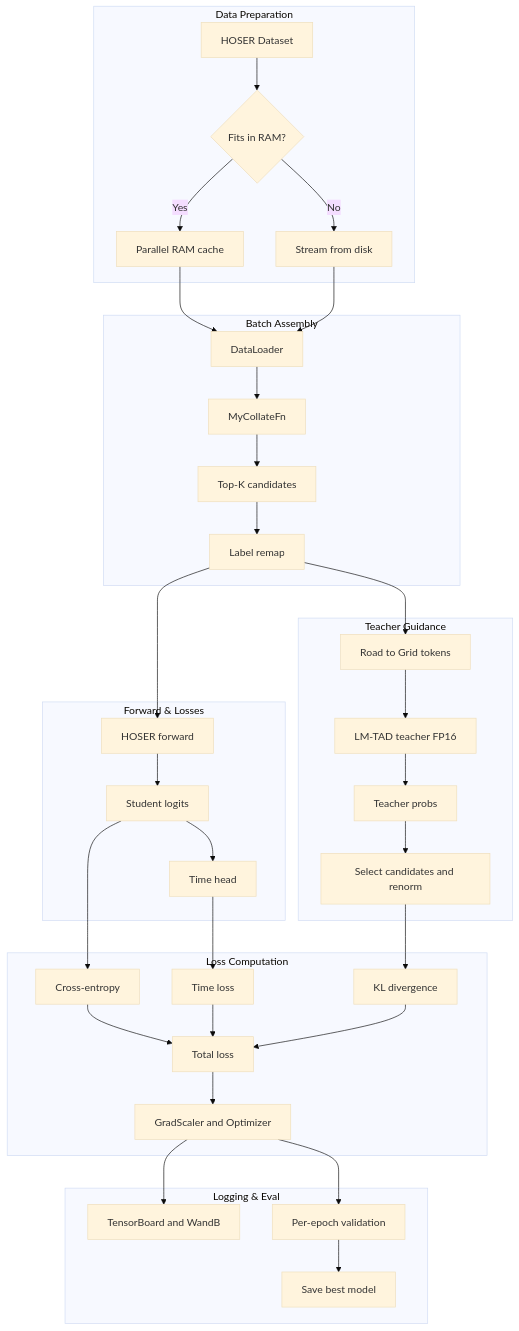
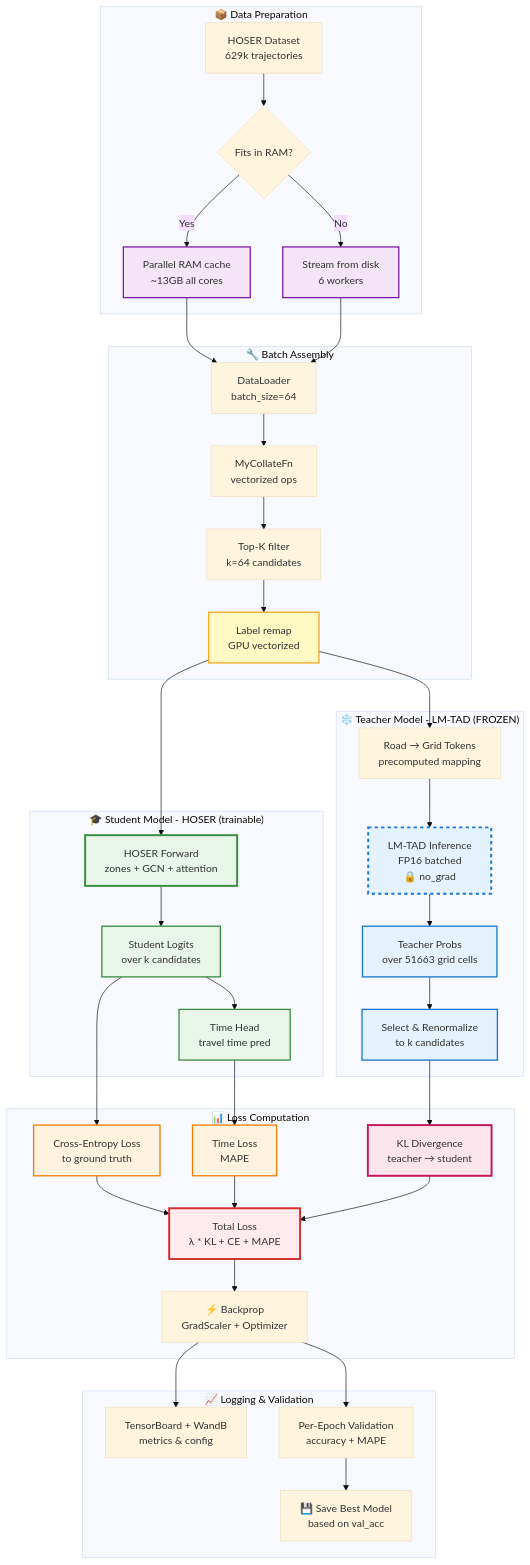
Before and after one commit to matercomus/HOSER: the first of 2 diagrams in LMTAD-Distillation.md, drawn with Mermaid (base theme). The commit also changed other lines of this file, not shown here.

Commit message:
🎨 docs: enhance Mermaid diagrams with colors, icons, and detailed labels
Training & Distillation Data Flow:
- Added emojis for section identification
- Color-coded frozen teacher (blue, dashed border) vs trainable student (green)
- Distinguished loss types (orange/red) and data flow (purple/yellow)
- Added detailed node labels with specs (batch sizes, worker counts, etc.)
- Added comprehensive legend explaining color scheme

Optuna Tuning Loop:
- Changed to top-bottom flow for better readability
- Added time estimates (3-4 days Phase 1, 1 day Phase 2)
- Color-coded trial outcomes (red=pruned, green=complete)
- Distinguished baseline (gray) from distillation trials
- Added loop structure showing trial iteration
- Added legend explaining pruning and evaluation phases

Visual improvements:
- Frozen LM-TAD clearly marked with ❄️ icon and dashed borders
- Trainable components in green with solid borders
- All critical parameters visible (k=64, batch_size=64, workers, etc.)
- Clear separation between data, model, loss, and eval stages

Makes the distillation process visually intuitive and thesis-ready.

````diff
--- a/LMTAD-Distillation.md
+++ b/LMTAD-Distillation.md
@@ -53,45 +53,66 @@
 ```mermaid
 flowchart TB
-  subgraph Data[Data Preparation]
-    A[HOSER Dataset] --> B{Fits in RAM?}
-    B -- Yes --> C[Parallel RAM cache]
-    B -- No --> D[Stream from disk]
+  subgraph Data["📦 Data Preparation"]
+    A[HOSER Dataset<br/>629k trajectories] --> B{Fits in RAM?}
+    B -->|Yes| C[Parallel RAM cache<br/>~13GB all cores]
+    B -->|No| D[Stream from disk<br/>6 workers]
   end
 
-  subgraph Loader[Batch Assembly]
-    C --> E[DataLoader]
+  subgraph Loader["🔧 Batch Assembly"]
+    C --> E[DataLoader<br/>batch_size=64]
     D --> E
-    E --> F[MyCollateFn]
-    F --> G[Top-K candidates]
-    G --> H[Label remap]
+    E --> F[MyCollateFn<br/>vectorized ops]
+    F --> G[Top-K filter<br/>k=64 candidates]
+    G --> H[Label remap<br/>GPU vectorized]
   end
 
-  subgraph Model[Forward & Losses]
-    H --> I[HOSER forward]
-    I --> J[Student logits]
-    J --> K[Time head]
+  subgraph Student["🎓 Student Model - HOSER (trainable)"]
+    H --> I["HOSER Forward<br/>zones + GCN + attention"]
+    I --> J["Student Logits<br/>over k candidates"]
+    J --> K["Time Head<br/>travel time pred"]
   end
 
-  subgraph Teacher[Teacher Guidance]
-    H --> L[Road to Grid tokens]
-    L --> M[LM-TAD teacher FP16]
-    M --> N[Teacher probs]
-    N --> O[Select candidates and renorm]
+  subgraph Teacher["❄️ Teacher Model - LM-TAD (FROZEN)"]
+    H --> L["Road → Grid Tokens<br/>precomputed mapping"]
+    L --> M["LM-TAD Inference<br/>FP16 batched<br/>🔒 no_grad"]
+    M --> N["Teacher Probs<br/>over 51663 grid cells"]
+    N --> O["Select & Renormalize<br/>to k candidates"]
   end
 
-  subgraph Losses[Loss Computation]
-    J --> P[Cross-entropy]
-    K --> Q[Time loss]
-    O --> R[KL divergence]
-    P --> S[Total loss]
+  subgraph Losses["📊 Loss Computation"]
+    J --> P["Cross-Entropy Loss<br/>to ground truth"]
+    K --> Q["Time Loss<br/>MAPE"]
+    O --> R["KL Divergence<br/>teacher → student"]
+    P --> S["Total Loss<br/>λ * KL + CE + MAPE"]
     Q --> S
     R --> S
-    S --> T[GradScaler and Optimizer]
+    S --> T["⚡ Backprop<br/>GradScaler + Optimizer"]
   end
 
-  subgraph Eval[Logging & Eval]
-    T --> U[TensorBoard and WandB]
-    T --> V[Per-epoch validation]
-    V --> W[Save best model]
+  subgraph Eval["📈 Logging & Validation"]
+    T --> U["TensorBoard + WandB<br/>metrics & config"]
+    T --> V["Per-Epoch Validation<br/>accuracy + MAPE"]
+    V --> W["💾 Save Best Model<br/>based on val_acc"]
   end
+
+  %% Styling for frozen teacher
+  style M fill:#e3f2fd,stroke:#1976d2,stroke-width:3px,stroke-dasharray: 5 5
+  style N fill:#e3f2fd,stroke:#1976d2,stroke-width:2px
+  style O fill:#e3f2fd,stroke:#1976d2,stroke-width:2px
+  
+  %% Styling for trainable student
+  style I fill:#e8f5e9,stroke:#388e3c,stroke-width:3px
+  style J fill:#e8f5e9,stroke:#388e3c,stroke-width:2px
+  style K fill:#e8f5e9,stroke:#388e3c,stroke-width:2px
+  
+  %% Styling for losses
+  style P fill:#fff3e0,stroke:#f57c00,stroke-width:2px
+  style Q fill:#fff3e0,stroke:#f57c00,stroke-width:2px
+  style R fill:#fce4ec,stroke:#c2185b,stroke-width:3px
+  style S fill:#ffebee,stroke:#d32f2f,stroke-width:3px
+  
+  %% Styling for data flow
+  style C fill:#f3e5f5,stroke:#7b1fa2,stroke-width:2px
+  style D fill:#f3e5f5,stroke:#7b1fa2,stroke-width:2px
+  style H fill:#fff9c4,stroke:#f9a825,stroke-width:2px
 ```
````
